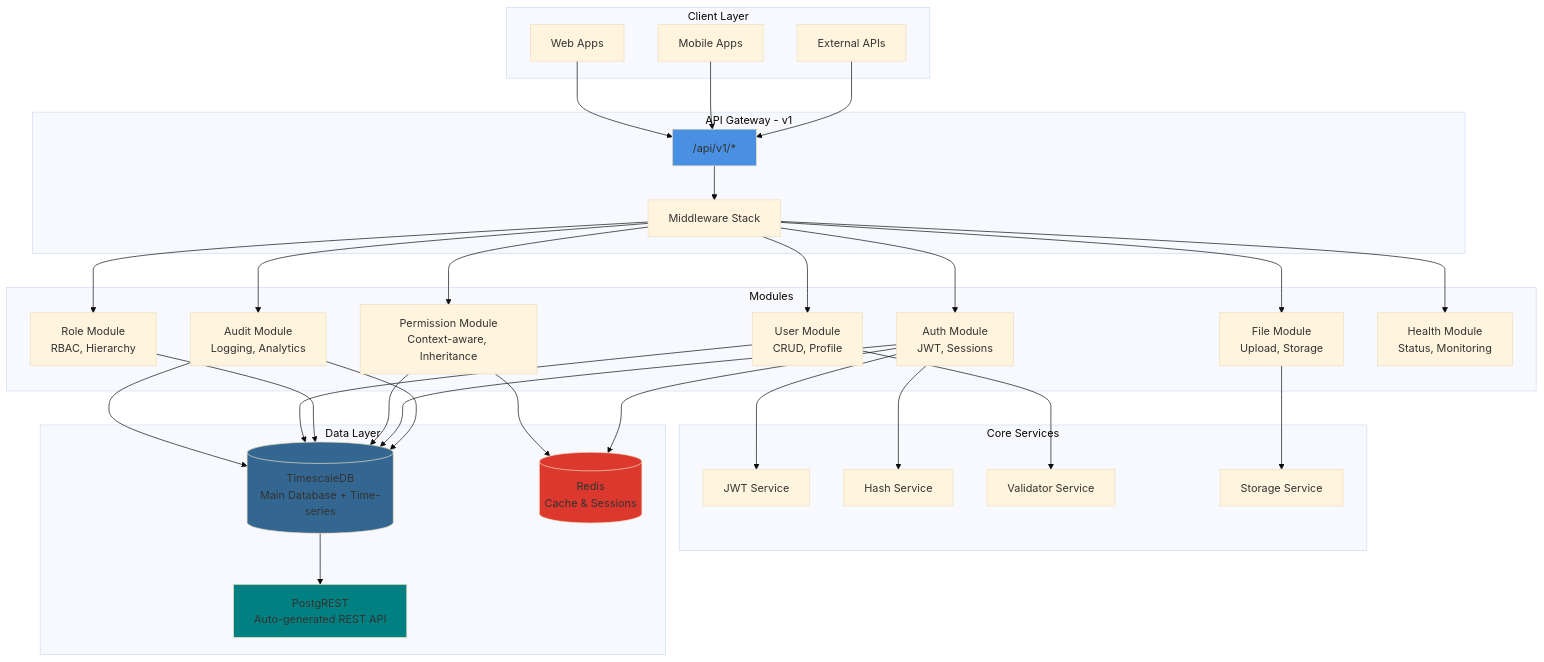
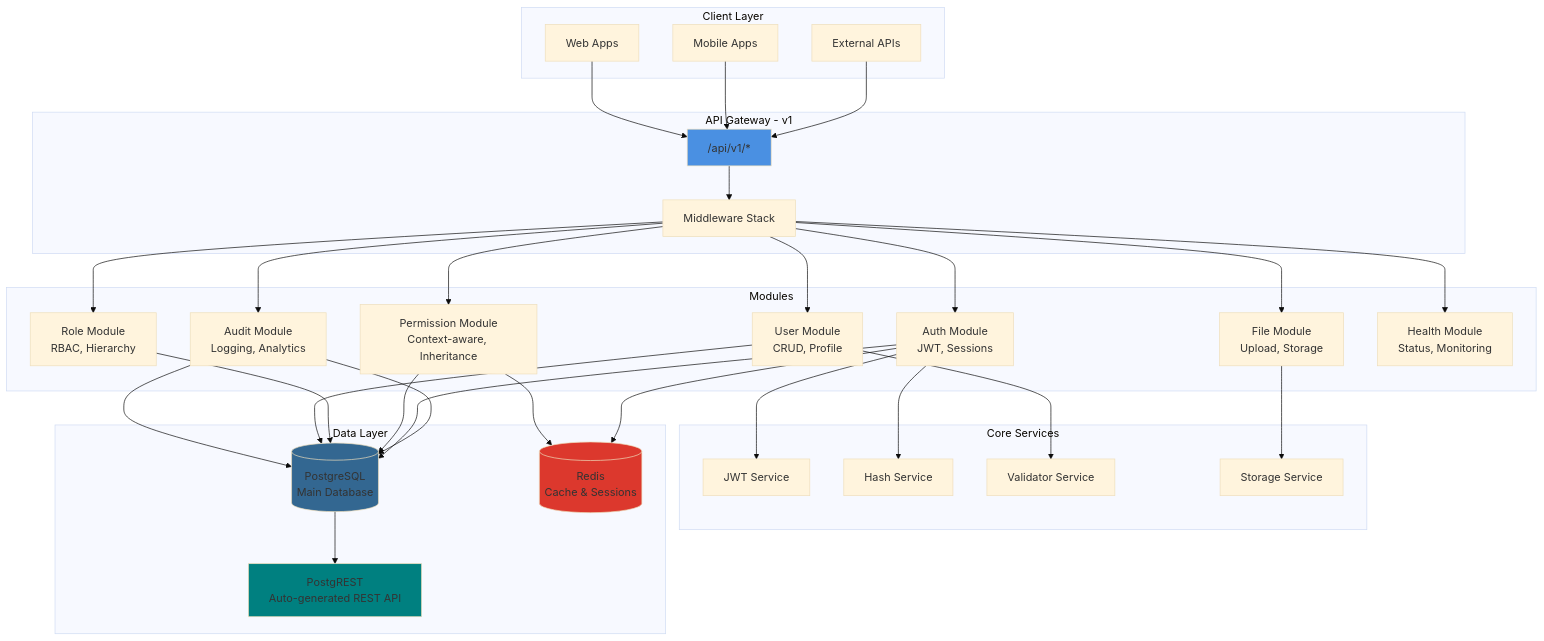
The first of 7 diagrams in README.md (gabrielmaialva33/base-acl-api), drawn with Mermaid (base theme) before and after one commit. The commit also changed other lines of this file and 1 other file, not shown here.

First line of the commit message:
refactor(docs): replace TimescaleDB mentions with PostgreSQL

````diff
--- a/README.md
+++ b/README.md
@@ -43,70 +43,70 @@
 ```mermaid
 graph TB
     subgraph "Client Layer"
         WEB[Web Apps]
         MOB[Mobile Apps]
         API[External APIs]
     end
 
     subgraph "API Gateway - v1"
         ROUTES["/api/v1/*"]
         MW[Middleware Stack]
     end
 
     subgraph "Modules"
         AUTH[Auth Module<br/>JWT, Sessions]
         USER[User Module<br/>CRUD, Profile]
         ROLE[Role Module<br/>RBAC, Hierarchy]
         PERM[Permission Module<br/>Context-aware, Inheritance]
         FILE[File Module<br/>Upload, Storage]
         AUDIT[Audit Module<br/>Logging, Analytics]
         HEALTH[Health Module<br/>Status, Monitoring]
     end
 
     subgraph "Core Services"
         JWT[JWT Service]
         HASH[Hash Service]
         VALIDATOR[Validator Service]
         STORAGE[Storage Service]
     end
 
     subgraph "Data Layer"
-        TS[(TimescaleDB<br/>Main Database + Time-series)]
+        TS[(PostgreSQL<br/>Main Database)]
         REDIS[(Redis<br/>Cache & Sessions)]
         PGREST[PostgREST<br/>Auto-generated REST API]
     end
 
     WEB --> ROUTES
     MOB --> ROUTES
     API --> ROUTES
 
     ROUTES --> MW
     MW --> AUTH
     MW --> USER
     MW --> ROLE
     MW --> PERM
     MW --> FILE
     MW --> AUDIT
     MW --> HEALTH
 
     AUTH --> JWT
     AUTH --> HASH
     USER --> VALIDATOR
     FILE --> STORAGE
     PERM --> REDIS
     AUDIT --> TS
 
     USER --> TS
     ROLE --> TS
     PERM --> TS
     AUTH --> TS
     AUTH --> REDIS
     AUDIT --> TS
 
     TS --> PGREST
 
     style ROUTES fill:#4A90E2
     style TS fill:#336791
     style REDIS fill:#DC382D
     style PGREST fill:#008080
 ```
````
